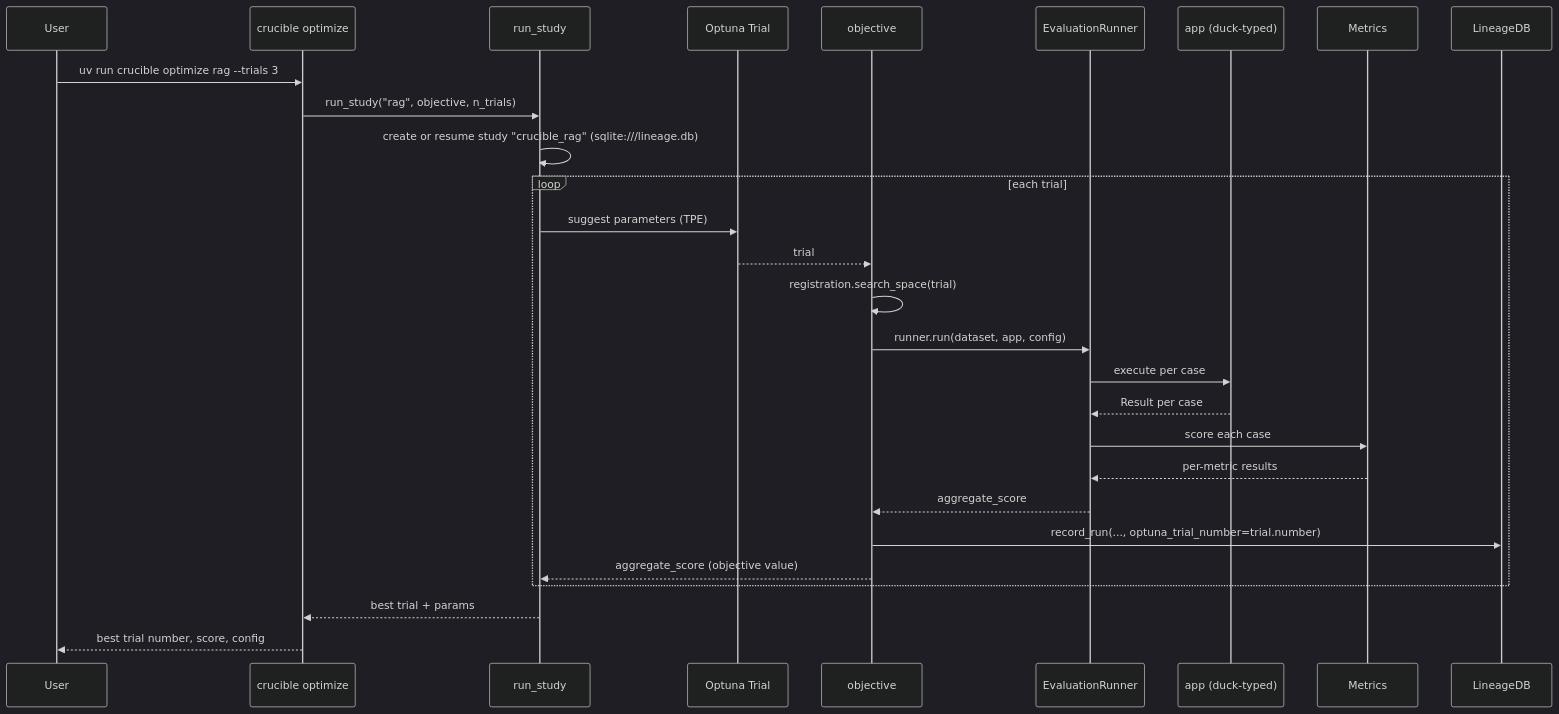
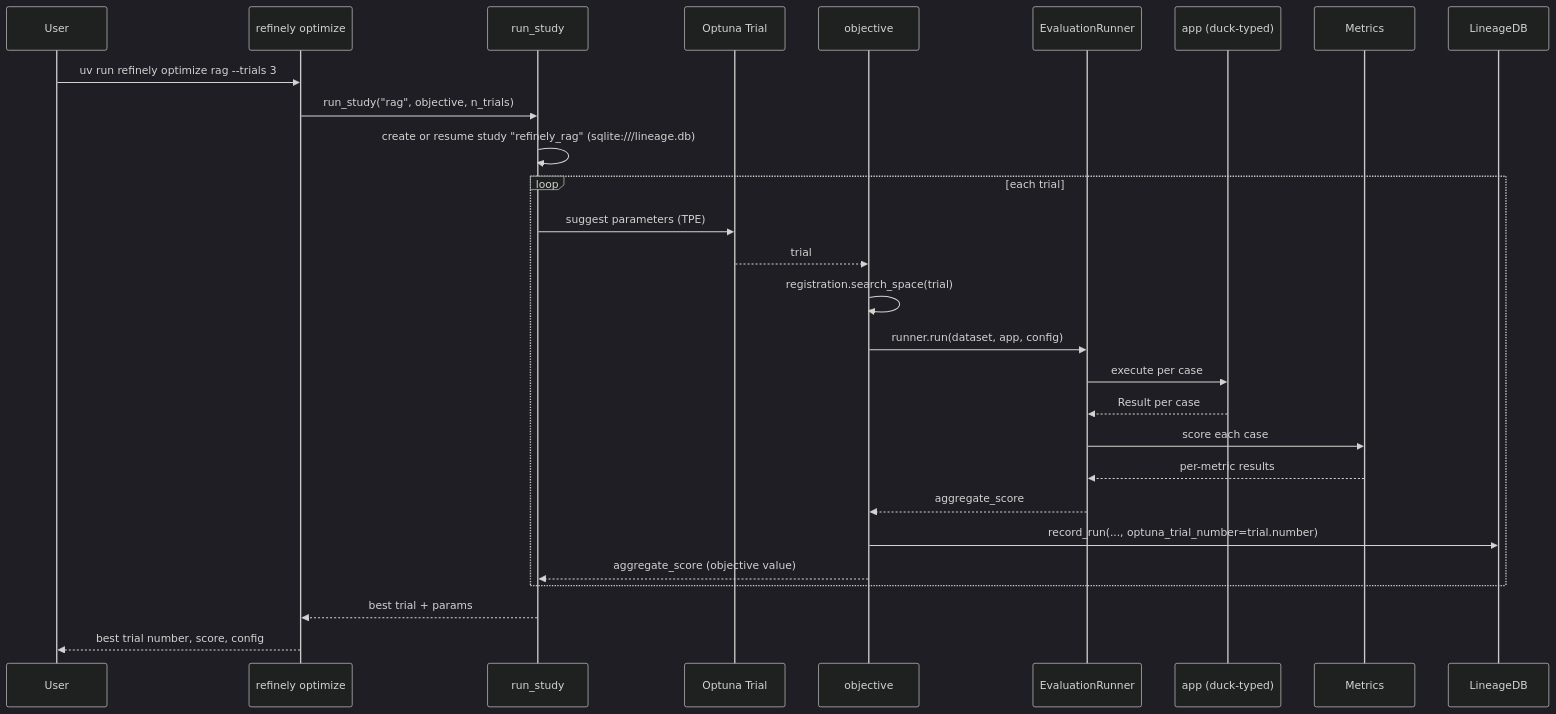
Before and after one commit to gamberooni/refinely: the fifth of 7 diagrams in docs/architecture.md, drawn with Mermaid (dark theme). The commit also changed other lines of this file and 143 other files, not shown here.

````diff
--- a/docs/architecture.md
+++ b/docs/architecture.md
@@ -174,31 +174,31 @@
 ```mermaid
 sequenceDiagram
     participant U as User
-    participant CLI as crucible optimize
+    participant CLI as refinely optimize
     participant ST as run_study
     participant TR as Optuna Trial
     participant OBJ as objective
     participant RUN as EvaluationRunner
     participant APP as app (duck-typed)
     participant MET as Metrics
     participant DB as LineageDB
 
-    U->>CLI: uv run crucible optimize rag --trials 3
+    U->>CLI: uv run refinely optimize rag --trials 3
     CLI->>ST: run_study("rag", objective, n_trials)
-    ST->>ST: create or resume study "crucible_rag" (sqlite:///lineage.db)
+    ST->>ST: create or resume study "refinely_rag" (sqlite:///lineage.db)
     loop each trial
         ST->>TR: suggest parameters (TPE)
         TR-->>OBJ: trial
         OBJ->>OBJ: registration.search_space(trial)
         OBJ->>RUN: runner.run(dataset, app, config)
         RUN->>APP: execute per case
         APP-->>RUN: Result per case
         RUN->>MET: score each case
         MET-->>RUN: per-metric results
         RUN-->>OBJ: aggregate_score
         OBJ->>DB: record_run(..., optuna_trial_number=trial.number)
         OBJ-->>ST: aggregate_score (objective value)
     end
     ST-->>CLI: best trial + params
     CLI-->>U: best trial number, score, config
 ```
````
